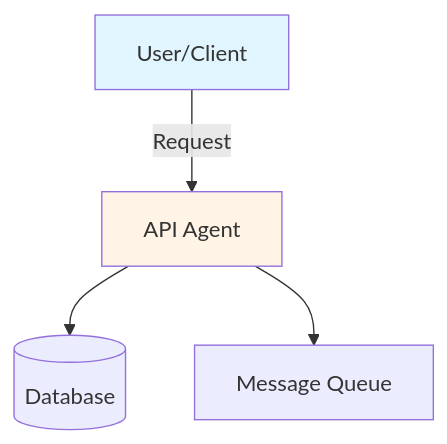
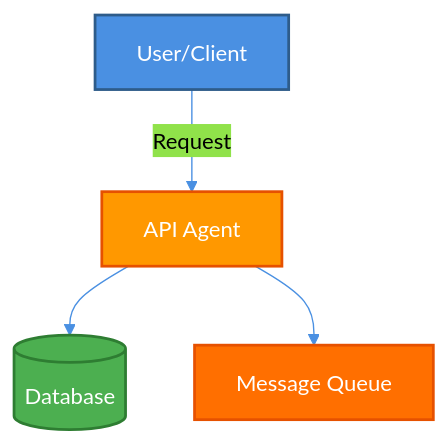
The first of 5 diagrams in AGENT.md (hwangjongtaek/orc-ray-agent), drawn with Mermaid before and after one commit. The commit also changed other lines of this file and 1 other file, not shown here.

Commit message:
Enforce Mermaid diagram standards and light/dark mode compatibility in AGENT.md and README.md

````diff
--- a/AGENT.md
+++ b/AGENT.md
@@ -440,9 +457,13 @@
 ```mermaid
+%%{init: {'theme':'base', 'themeVariables': {'primaryColor':'#4A90E2','primaryTextColor':'#000','primaryBorderColor':'#2E5C8A','lineColor':'#4A90E2'}}}%%
 graph TB
     User[User/Client] -->|Request| API[API Agent]
     API --> DB[(Database)]
     API --> MQ[Message Queue]
 
-    style User fill:#e1f5ff
-    style API fill:#fff4e6
+    %% Light/Dark mode compatible styling
+    style User fill:#4A90E2,stroke:#2E5C8A,stroke-width:2px,color:#fff
+    style API fill:#FF9800,stroke:#E65100,stroke-width:2px,color:#fff
+    style DB fill:#4CAF50,stroke:#2E7D32,stroke-width:2px,color:#fff
+    style MQ fill:#FF6F00,stroke:#E65100,stroke-width:2px,color:#fff
 ```
````
